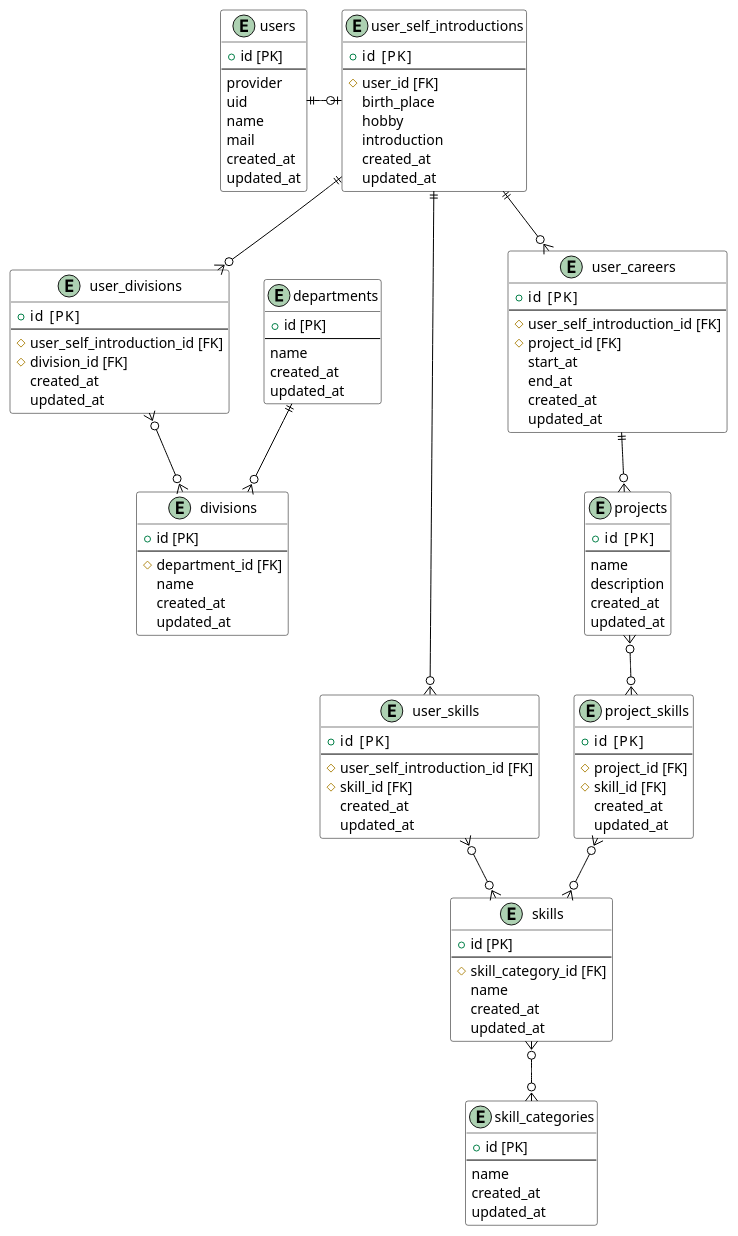
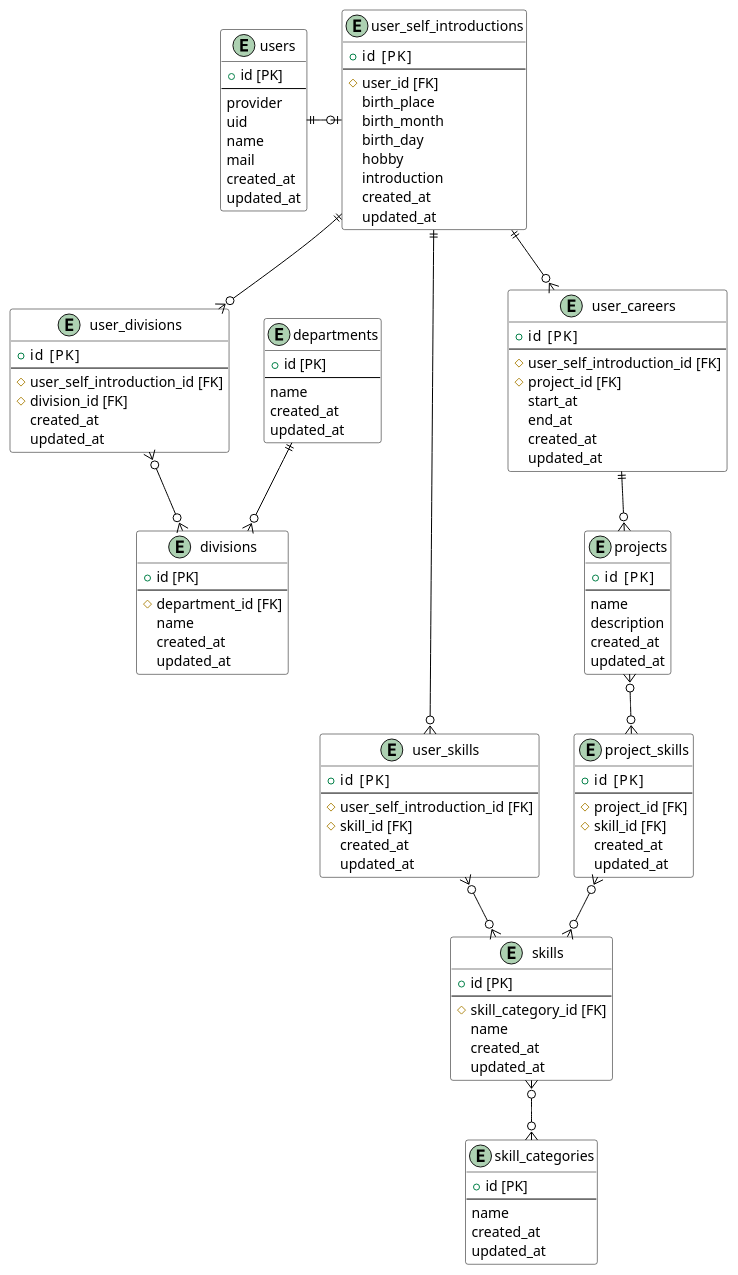
Before and after one commit to KunioOkita/self_introduction_app: the diagram in docs/ER図.pu, drawn with PlantUML.

Commit message:
誕生日を追加

```diff
--- a/docs/ER図.pu
+++ b/docs/ER図.pu
@@ -1,127 +1,129 @@
 @startuml
 /'
 デフォルトのスタイルを設定します。
 この場合の指定は class です。entity ではエラーになります。
 '/
 skinparam class {
     BackgroundColor METAL
     BorderColor Black
     ArrowColor Black
 }
 
 entity "users" as users {
     + id [PK]
     --
     provider
     uid
     name
     mail
     created_at
     updated_at
 }
 
 entity "user_self_introductions" as user_self_introductions {
     + id   [PK]
     --
     # user_id [FK]
     birth_place
+    birth_month
+    birth_day
     hobby
     introduction
     created_at
     updated_at
 }
 
 entity "user_divisions" as user_divisions {
     + id   [PK]
     --
     # user_self_introduction_id [FK]
     # division_id [FK]
     created_at
     updated_at
 }
 
 entity "departments" as departments {
     + id [PK]
     --
     name
     created_at
     updated_at
 }
 
 entity "divisions" as divisions {
     + id [PK]
     --
     # department_id [FK]
     name
     created_at
     updated_at
 }
 
 entity "skills" as skills {
     + id [PK]
     --
     # skill_category_id [FK]
     name
     created_at
     updated_at
 }
 
 entity "skill_categories" as skill_categories {
     + id [PK]
     --
     name
     created_at
     updated_at
 }
 
 entity "user_skills" as user_skills {
     + id   [PK]
     --
     # user_self_introduction_id [FK]
     # skill_id [FK]
     created_at
     updated_at
 }
 
 entity "user_careers" as user_careers {
     + id   [PK]
     --
     # user_self_introduction_id [FK]
     # project_id [FK]
     start_at
     end_at
     created_at
     updated_at
 }
 
 entity "projects" as projects {
     + id   [PK]
     --
     name
     description
     created_at
     updated_at
 }
 
 entity "project_skills" as project_skills {
     + id   [PK]
     --
     # project_id [FK]
     # skill_id [FK]
     created_at
     updated_at
 }
 
 users ||--right--o| user_self_introductions
 user_self_introductions ||--o{ user_divisions
 user_self_introductions ||--o{ user_skills
 user_self_introductions ||--o{ user_careers
 user_divisions }o--o{ divisions
 departments ||--o{ divisions
 skills }o--o{ skill_categories
 user_skills }o--o{ skills
 projects }o--o{ project_skills
 project_skills }o--o{ skills
 user_careers ||--o{ projects
 
 @enduml
```
